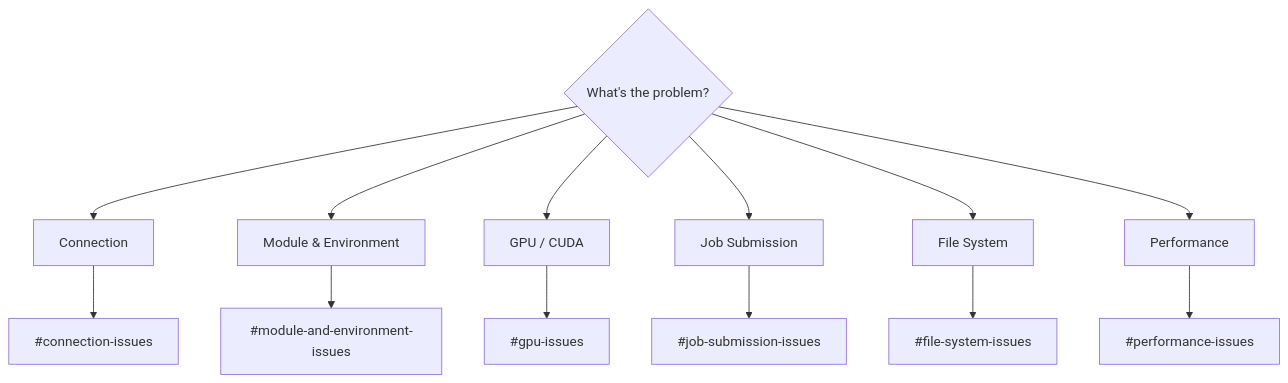
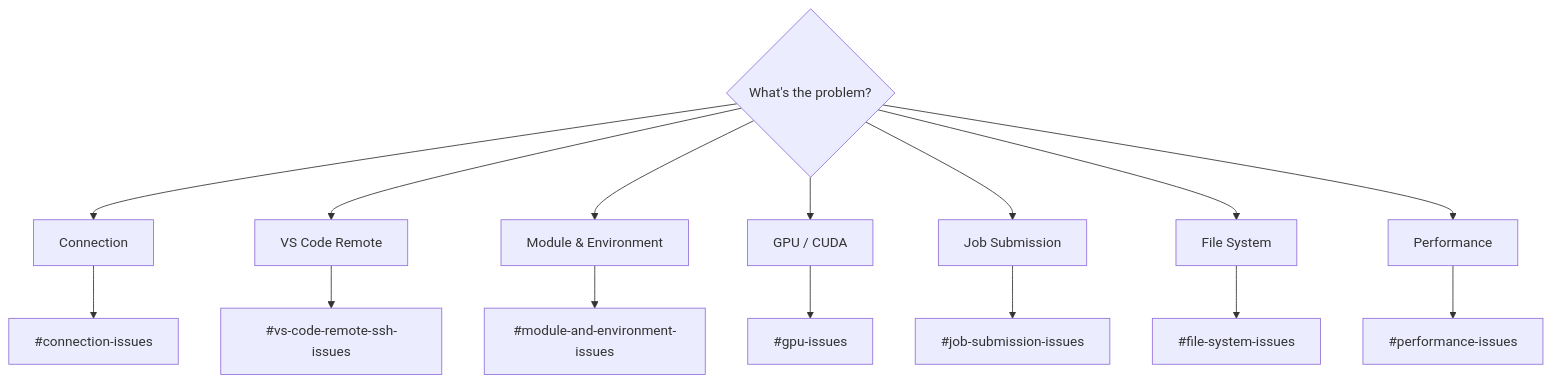
One commit to OSU-CAR-MSL/lab-setup-guide changed the diagram in docs/resources/troubleshooting.md. Above: the diagram before and after it, drawn with Mermaid. The commit also changed other lines of this file and 114 other files, not shown here.

````diff
--- a/docs/resources/troubleshooting.md
+++ b/docs/resources/troubleshooting.md
@@ -6,21 +12,24 @@
 ```mermaid
 flowchart TD
     A{What's the problem?} --> B[Connection]
+    A --> H[VS Code Remote]
     A --> C[Module & Environment]
     A --> D[GPU / CUDA]
     A --> E[Job Submission]
     A --> F[File System]
     A --> G[Performance]
     B --> B1["#connection-issues"]
+    H --> H1["#vs-code-remote-ssh-issues"]
     C --> C1["#module-and-environment-issues"]
     D --> D1["#gpu-issues"]
     E --> E1["#job-submission-issues"]
     F --> F1["#file-system-issues"]
     G --> G1["#performance-issues"]
     click B1 "#connection-issues"
+    click H1 "#vs-code-remote-ssh-issues"
     click C1 "#module-and-environment-issues"
     click D1 "#gpu-issues"
     click E1 "#job-submission-issues"
     click F1 "#file-system-issues"
     click G1 "#performance-issues"
 ```
````
